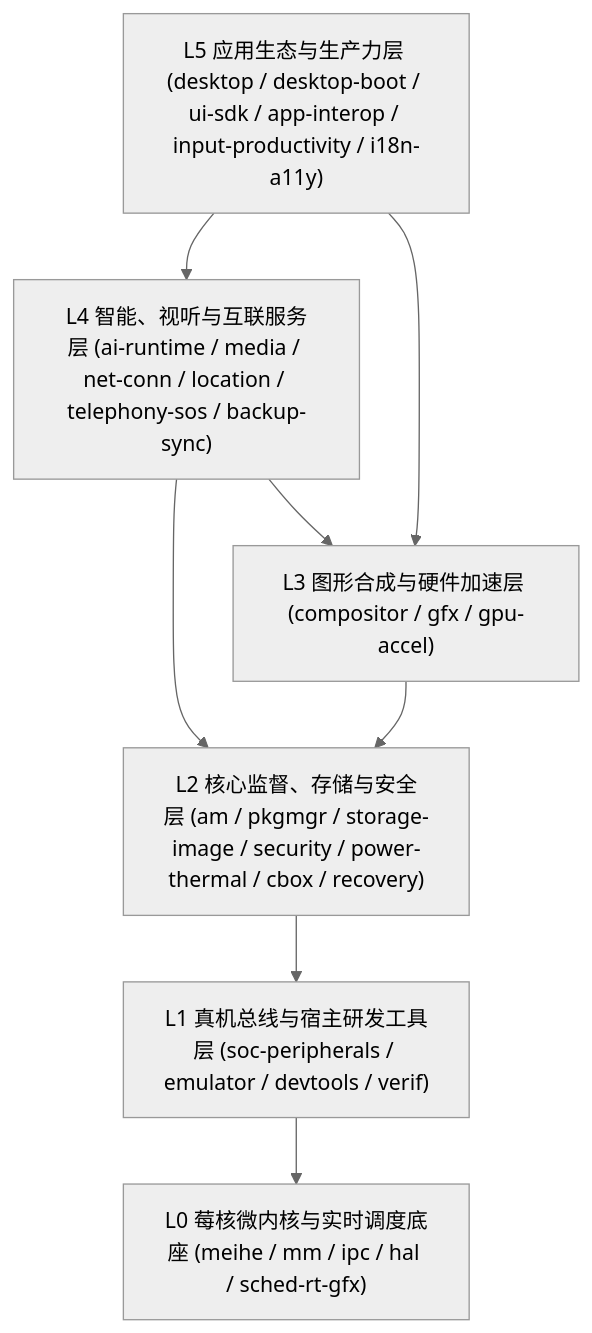
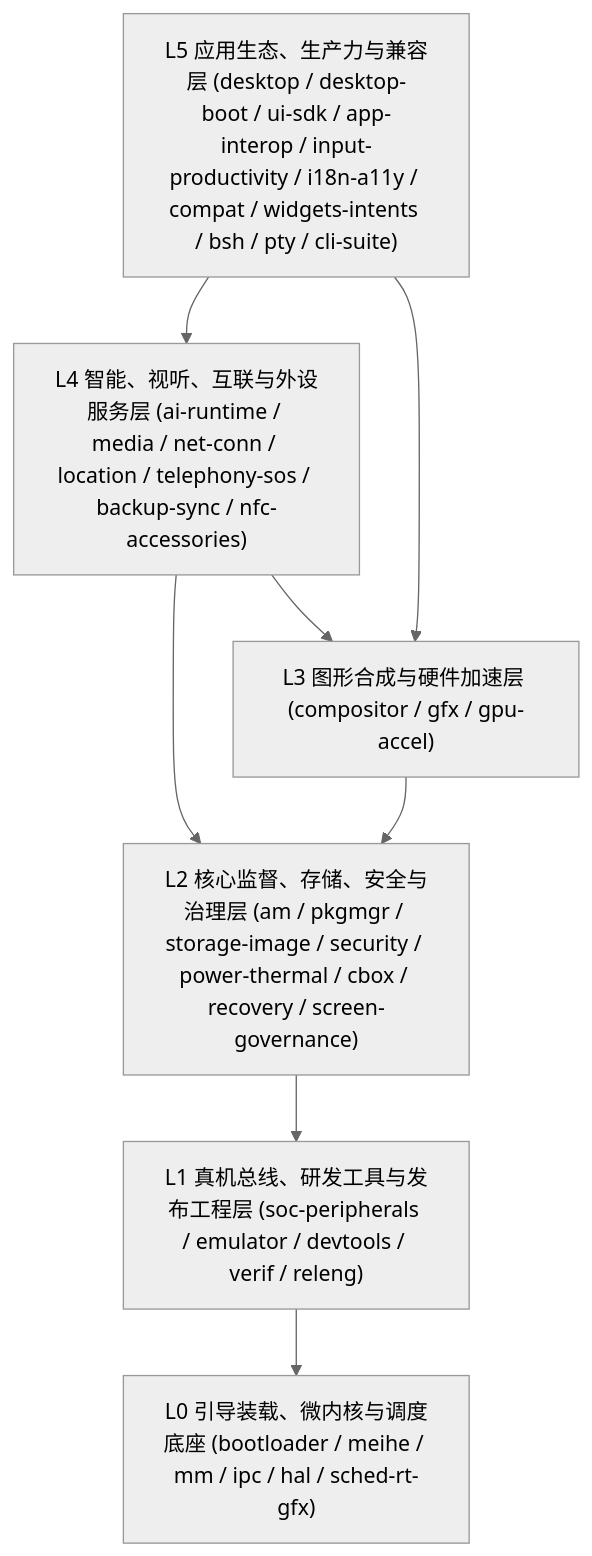
One commit to miuiadmin/BerryOS changed the diagram in .agents/plans/2026-11-18-全系统31模块终态合龙总纲与ABI号段总表.md. Above: the diagram before and after it, drawn with Mermaid (neutral theme). The commit also changed other lines of this file and 12 other files, not shown here.

````diff
--- a/.agents/plans/2026-11-18-全系统31模块终态合龙总纲与ABI号段总表.md
+++ b/.agents/plans/2026-11-18-全系统31模块终态合龙总纲与ABI号段总表.md
@@ -23,10 +23,10 @@
 ```mermaid
 flowchart TD
-    L5["L5 应用生态与生产力层 (desktop / desktop-boot / ui-sdk / app-interop / input-productivity / i18n-a11y)"] --> L4["L4 智能、视听与互联服务层 (ai-runtime / media / net-conn / location / telephony-sos / backup-sync)"]
+    L5["L5 应用生态、生产力与兼容层 (desktop / desktop-boot / ui-sdk / app-interop / input-productivity / i18n-a11y / compat / widgets-intents / bsh / pty / cli-suite)"] --> L4["L4 智能、视听、互联与外设服务层 (ai-runtime / media / net-conn / location / telephony-sos / backup-sync / nfc-accessories)"]
     L4 --> L3["L3 图形合成与硬件加速层 (compositor / gfx / gpu-accel)"]
     L5 --> L3
-    L4 --> L2["L2 核心监督、存储与安全层 (am / pkgmgr / storage-image / security / power-thermal / cbox / recovery)"]
+    L4 --> L2["L2 核心监督、存储、安全与治理层 (am / pkgmgr / storage-image / security / power-thermal / cbox / recovery / screen-governance)"]
     L3 --> L2
-    L2 --> L1["L1 真机总线与宿主研发工具层 (soc-peripherals / emulator / devtools / verif)"]
-    L1 --> L0["L0 莓核微内核与实时调度底座 (meihe / mm / ipc / hal / sched-rt-gfx)"]
+    L2 --> L1["L1 真机总线、研发工具与发布工程层 (soc-peripherals / emulator / devtools / verif / releng)"]
+    L1 --> L0["L0 引导装载、微内核与调度底座 (bootloader / meihe / mm / ipc / hal / sched-rt-gfx)"]
 ```
````
